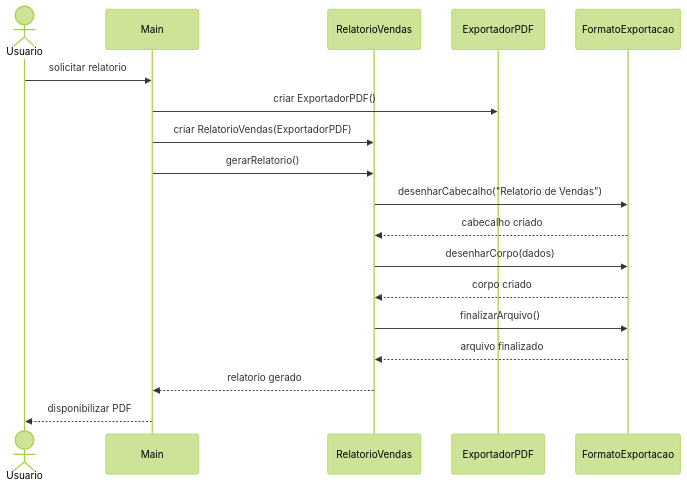
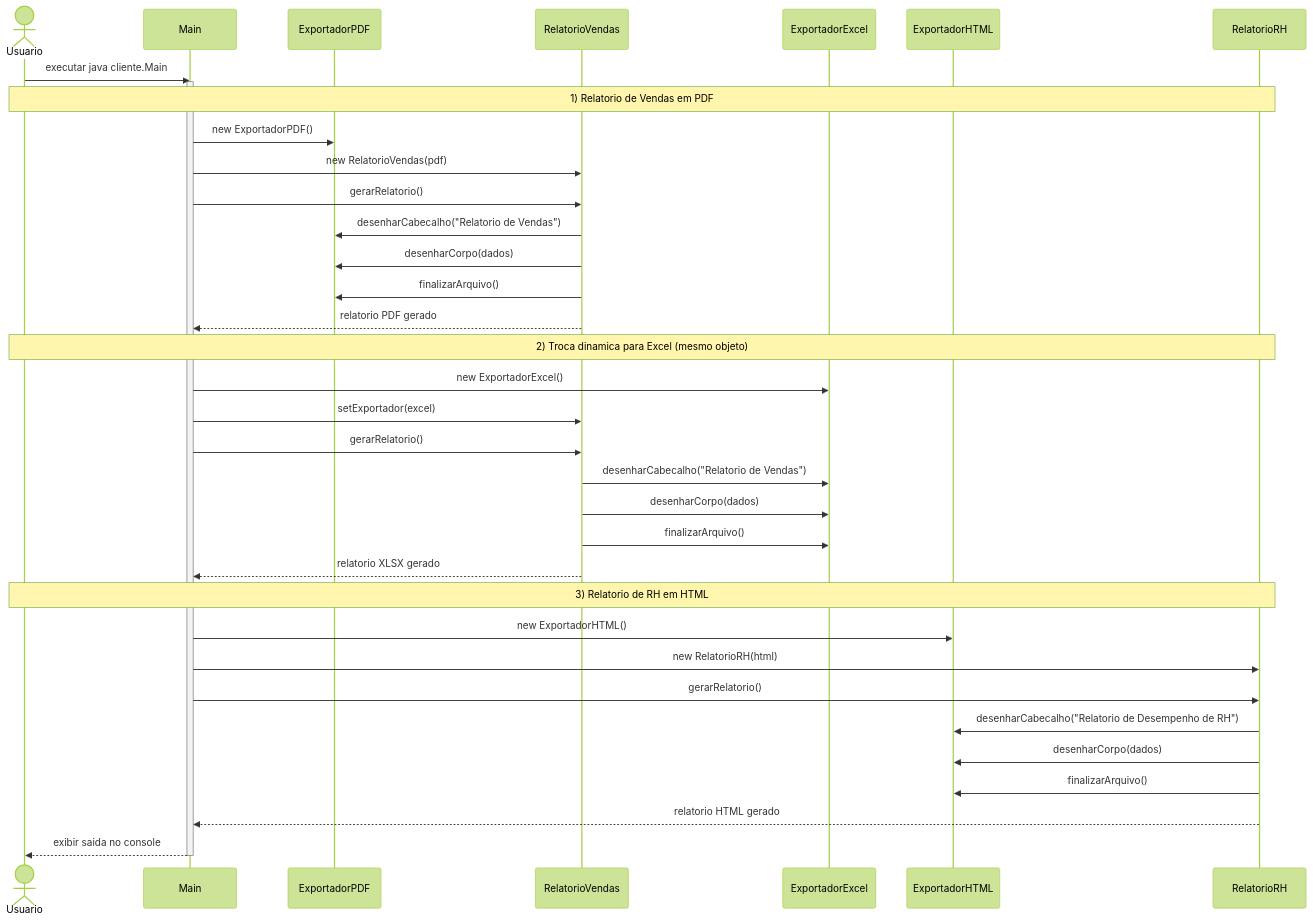
Before and after one commit to fatec-school/aula_bridge_170926: the second of 2 diagrams in README.md, drawn with Mermaid (forest theme). The commit also changed other lines of this file and 9 other files, not shown here.

````diff
--- a/README.md
+++ b/README.md
@@ -58,21 +166,43 @@
 ```mermaid
 sequenceDiagram
     actor Usuario
     participant Main
-    participant Relatorio as RelatorioVendas
-    participant Exportador as ExportadorPDF
-    participant Formato as FormatoExportacao
+    participant PDF as ExportadorPDF
+    participant Vendas as RelatorioVendas
+    participant Excel as ExportadorExcel
+    participant HTML as ExportadorHTML
+    participant RH as RelatorioRH
 
-    Usuario->>Main: solicitar relatorio
-    Main->>Exportador: criar ExportadorPDF()
-    Main->>Relatorio: criar RelatorioVendas(ExportadorPDF)
-    Main->>Relatorio: gerarRelatorio()
-    Relatorio->>Formato: desenharCabecalho("Relatorio de Vendas")
-    Formato-->>Relatorio: cabecalho criado
-    Relatorio->>Formato: desenharCorpo(dados)
-    Formato-->>Relatorio: corpo criado
-    Relatorio->>Formato: finalizarArquivo()
-    Formato-->>Relatorio: arquivo finalizado
-    Relatorio-->>Main: relatorio gerado
-    Main-->>Usuario: disponibilizar PDF
+    Usuario->>Main: executar java cliente.Main
+    activate Main
+
+    Note over Usuario,RH: 1) Relatorio de Vendas em PDF
+    Main->>PDF: new ExportadorPDF()
+    Main->>Vendas: new RelatorioVendas(pdf)
+    Main->>Vendas: gerarRelatorio()
+    Vendas->>PDF: desenharCabecalho("Relatorio de Vendas")
+    Vendas->>PDF: desenharCorpo(dados)
+    Vendas->>PDF: finalizarArquivo()
+    Vendas-->>Main: relatorio PDF gerado
+
+    Note over Usuario,RH: 2) Troca dinamica para Excel (mesmo objeto)
+    Main->>Excel: new ExportadorExcel()
+    Main->>Vendas: setExportador(excel)
+    Main->>Vendas: gerarRelatorio()
+    Vendas->>Excel: desenharCabecalho("Relatorio de Vendas")
+    Vendas->>Excel: desenharCorpo(dados)
+    Vendas->>Excel: finalizarArquivo()
+    Vendas-->>Main: relatorio XLSX gerado
+
+    Note over Usuario,RH: 3) Relatorio de RH em HTML
+    Main->>HTML: new ExportadorHTML()
+    Main->>RH: new RelatorioRH(html)
+    Main->>RH: gerarRelatorio()
+    RH->>HTML: desenharCabecalho("Relatorio de Desempenho de RH")
+    RH->>HTML: desenharCorpo(dados)
+    RH->>HTML: finalizarArquivo()
+    RH-->>Main: relatorio HTML gerado
+
+    Main-->>Usuario: exibir saida no console
+    deactivate Main
 ```
````
